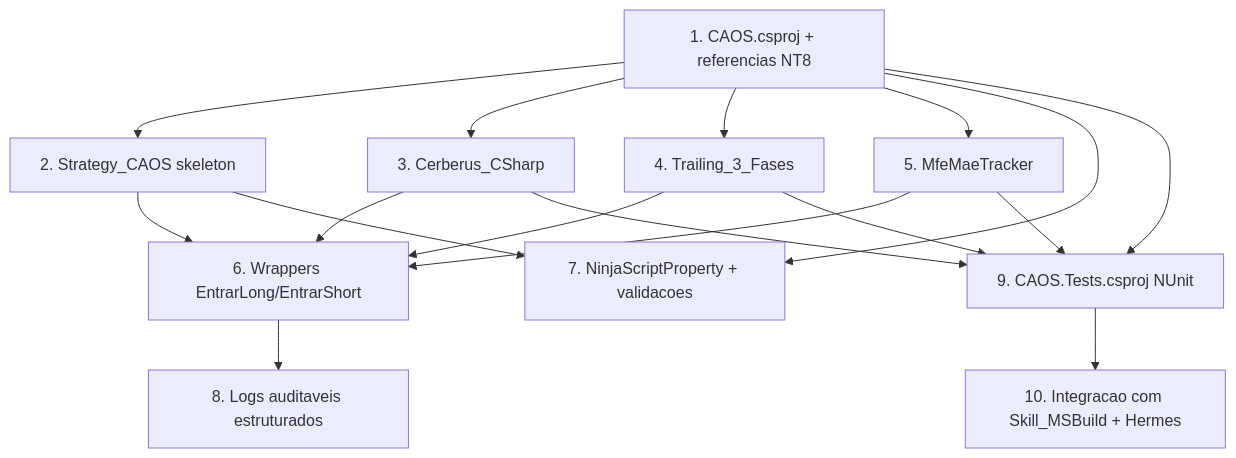
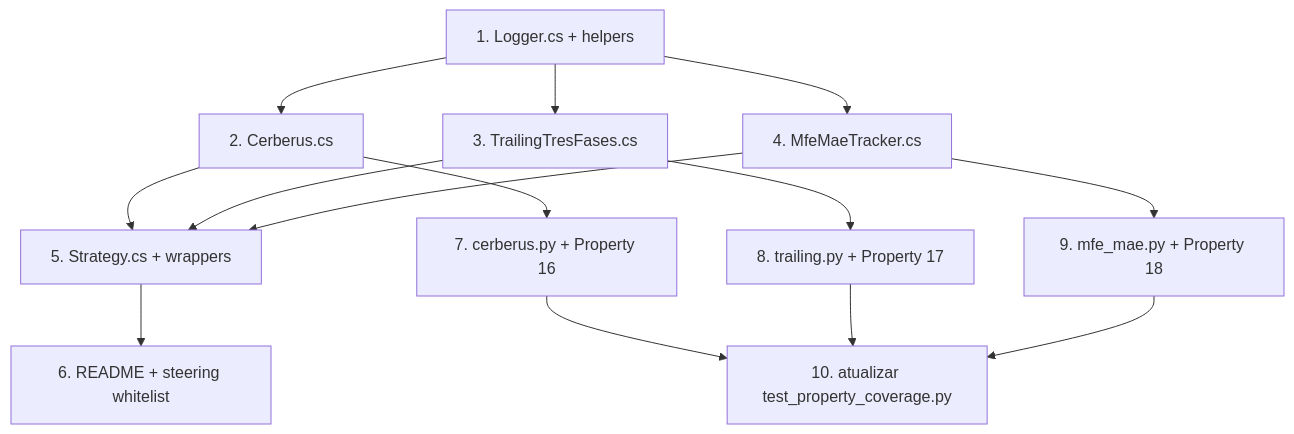
The diagram in .kiro/specs/caos-ninjascript-nucleo/tasks.md (irwagner/Caos), drawn with Mermaid before and after one commit. The commit also changed other lines of this file and 2 other files, not shown here.

First line of the commit message:
docs(spec-3): simplifica para fluxo NinjaScript Editor + Properties Python

````diff
--- a/.kiro/specs/caos-ninjascript-nucleo/tasks.md
+++ b/.kiro/specs/caos-ninjascript-nucleo/tasks.md
@@ -16,19 +15,16 @@
 ```mermaid
 graph TD
-    T1[1. CAOS.csproj + referencias NT8] --> T2[2. Strategy_CAOS skeleton]
-    T1 --> T3[3. Cerberus_CSharp]
-    T1 --> T4[4. Trailing_3_Fases]
-    T1 --> T5[5. MfeMaeTracker]
-    T2 --> T6[6. Wrappers EntrarLong/EntrarShort]
-    T3 --> T6
-    T4 --> T6
-    T5 --> T6
-    T1 --> T7[7. NinjaScriptProperty + validacoes]
-    T2 --> T7
-    T6 --> T8[8. Logs auditaveis estruturados]
-    T1 --> T9[9. CAOS.Tests.csproj NUnit]
-    T3 --> T9
-    T4 --> T9
-    T5 --> T9
-    T9 --> T10[10. Integracao com Skill_MSBuild + Hermes]
+    T1[1. Logger.cs + helpers] --> T2[2. Cerberus.cs]
+    T1 --> T3[3. TrailingTresFases.cs]
+    T1 --> T4[4. MfeMaeTracker.cs]
+    T2 --> T5[5. Strategy.cs + wrappers]
+    T3 --> T5
+    T4 --> T5
+    T5 --> T6[6. README + steering whitelist]
+    T2 --> T7[7. cerberus.py + Property 16]
+    T3 --> T8[8. trailing.py + Property 17]
+    T4 --> T9[9. mfe_mae.py + Property 18]
+    T7 --> T10[10. atualizar test_property_coverage.py]
+    T8 --> T10
+    T9 --> T10
 ```
````
